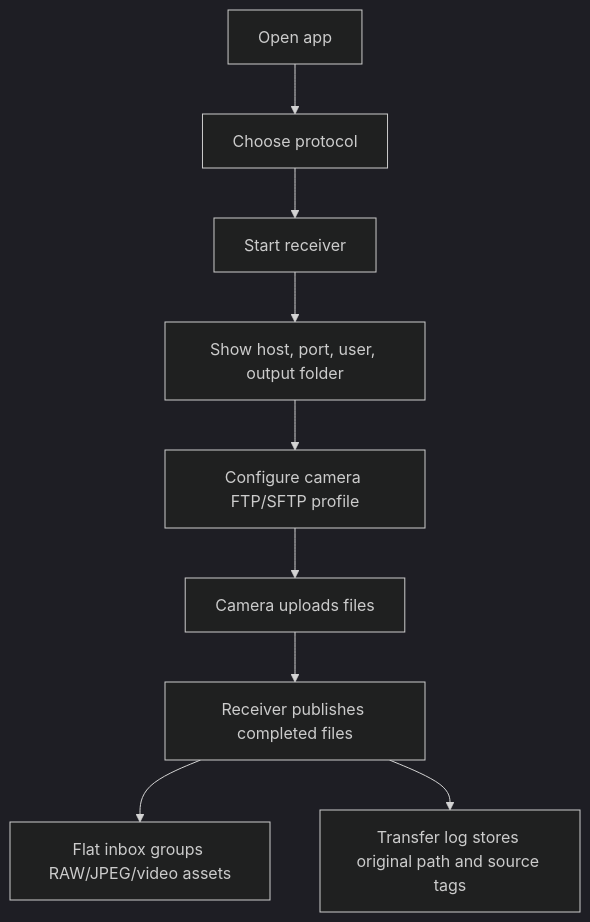
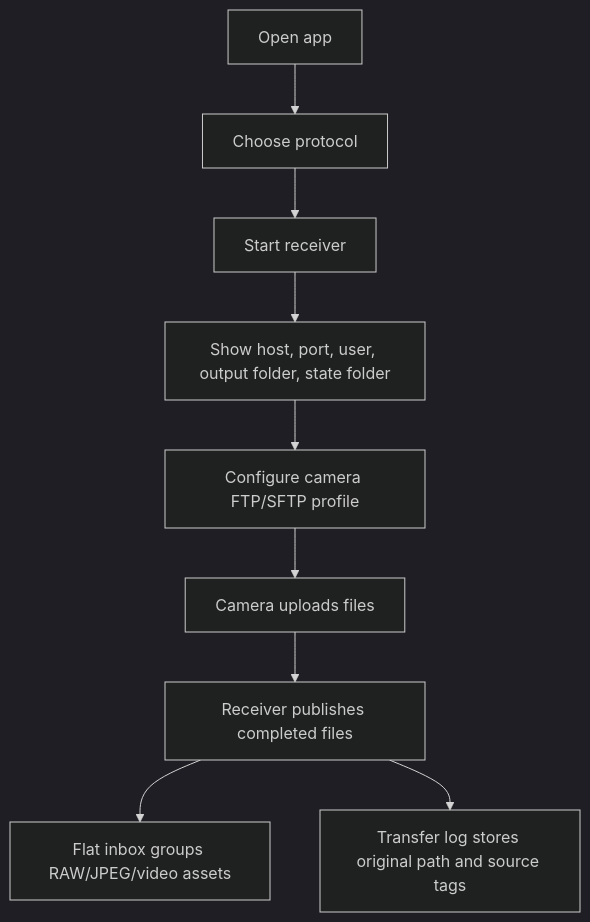
One commit to CrazyNB/camera_connector changed the diagram in docs/product/prototype-spec.md. Above: the diagram before and after it, drawn with Mermaid (dark theme). The commit also changed other lines of this file and 17 other files, not shown here.

````diff
--- a/docs/product/prototype-spec.md
+++ b/docs/product/prototype-spec.md
@@ -9,11 +9,11 @@
 ```mermaid
 flowchart TD
   A["Open app"] --> B["Choose protocol"]
   B --> C["Start receiver"]
-  C --> D["Show host, port, user, output folder"]
+  C --> D["Show host, port, user, output folder, state folder"]
   D --> E["Configure camera FTP/SFTP profile"]
   E --> F["Camera uploads files"]
   F --> G["Receiver publishes completed files"]
   G --> H["Flat inbox groups RAW/JPEG/video assets"]
   G --> I["Transfer log stores original path and source tags"]
 ```
````
